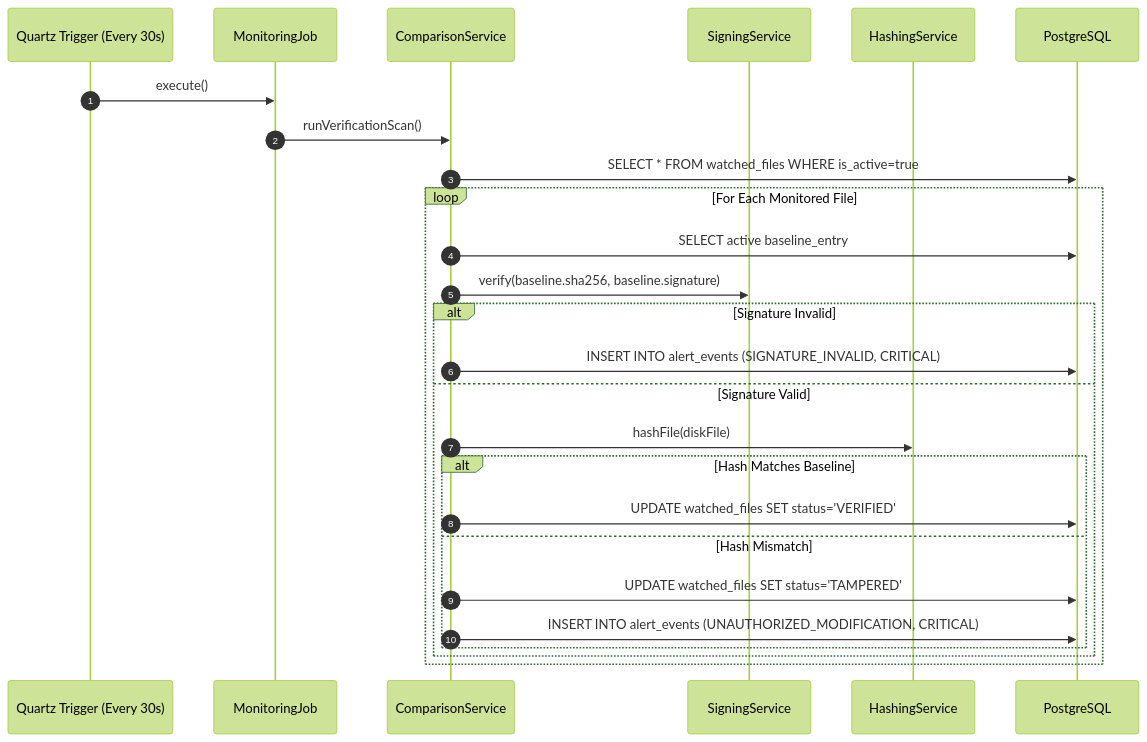
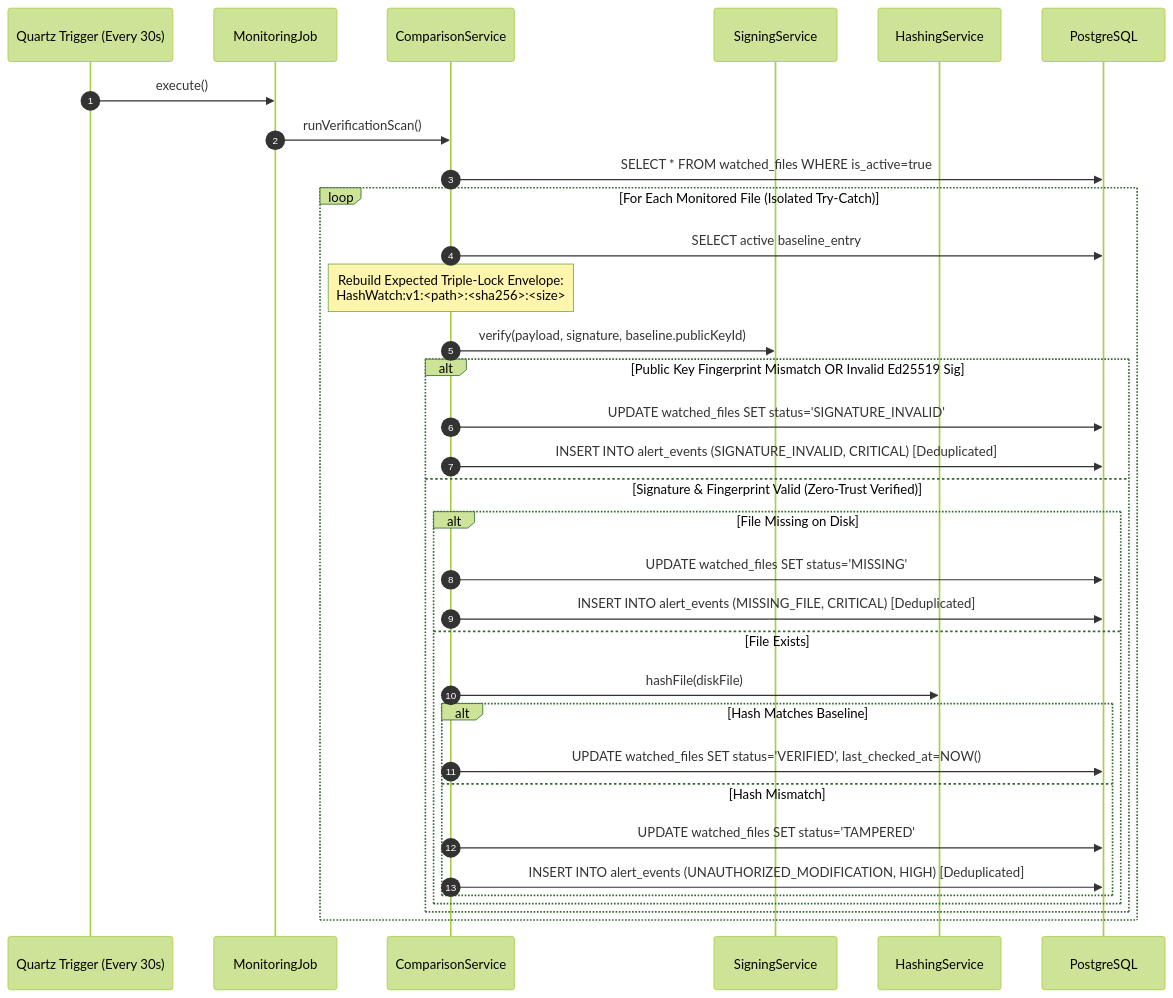
Before and after one commit to PG300604/HashWatch: the fourth of 4 diagrams in docs/DFD.md, drawn with Mermaid (forest theme). The commit also changed other lines of this file and 7 other files, not shown here.

Commit message:
feat(backend): implement ComparisonService with Triple-Lock envelope and fingerprint pinning (Resolves S2-T1)

````diff
--- a/docs/DFD.md
+++ b/docs/DFD.md
@@ -85,29 +89,36 @@
 ```mermaid
 sequenceDiagram
     autonumber
     participant QZ as Quartz Trigger (Every 30s)
     participant MJ as MonitoringJob
     participant CS as ComparisonService
     participant SS as SigningService
     participant HS as HashingService
     participant DB as PostgreSQL
 
     QZ->>MJ: execute()
     MJ->>CS: runVerificationScan()
     CS->>DB: SELECT * FROM watched_files WHERE is_active=true
-    loop For Each Monitored File
+    loop For Each Monitored File (Isolated Try-Catch)
         CS->>DB: SELECT active baseline_entry
-        CS->>SS: verify(baseline.sha256, baseline.signature)
-        alt Signature Invalid
-            CS->>DB: INSERT INTO alert_events (SIGNATURE_INVALID, CRITICAL)
-        else Signature Valid
-            CS->>HS: hashFile(diskFile)
-            alt Hash Matches Baseline
-                CS->>DB: UPDATE watched_files SET status='VERIFIED'
-            else Hash Mismatch
-                CS->>DB: UPDATE watched_files SET status='TAMPERED'
-                CS->>DB: INSERT INTO alert_events (UNAUTHORIZED_MODIFICATION, CRITICAL)
+        Note over CS: Rebuild Expected Triple-Lock Envelope:<br/>HashWatch:v1:<path>:<sha256>:<size>
+        CS->>SS: verify(payload, signature, baseline.publicKeyId)
+        alt Public Key Fingerprint Mismatch OR Invalid Ed25519 Sig
+            CS->>DB: UPDATE watched_files SET status='SIGNATURE_INVALID'
+            CS->>DB: INSERT INTO alert_events (SIGNATURE_INVALID, CRITICAL) [Deduplicated]
+        else Signature & Fingerprint Valid (Zero-Trust Verified)
+            alt File Missing on Disk
+                CS->>DB: UPDATE watched_files SET status='MISSING'
+                CS->>DB: INSERT INTO alert_events (MISSING_FILE, CRITICAL) [Deduplicated]
+            else File Exists
+                CS->>HS: hashFile(diskFile)
+                alt Hash Matches Baseline
+                    CS->>DB: UPDATE watched_files SET status='VERIFIED', last_checked_at=NOW()
+                else Hash Mismatch
+                    CS->>DB: UPDATE watched_files SET status='TAMPERED'
+                    CS->>DB: INSERT INTO alert_events (UNAUTHORIZED_MODIFICATION, HIGH) [Deduplicated]
+                end
             end
         end
     end
 ```
````
